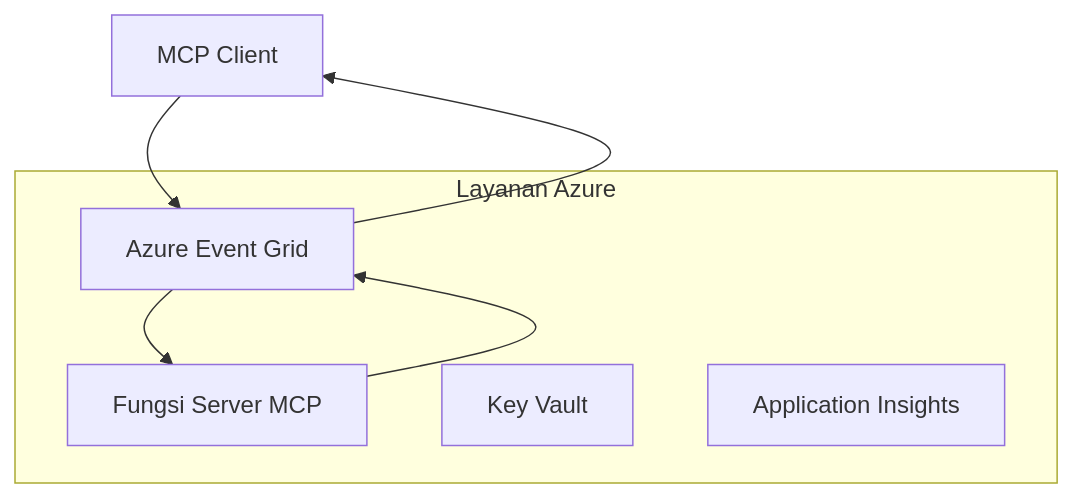
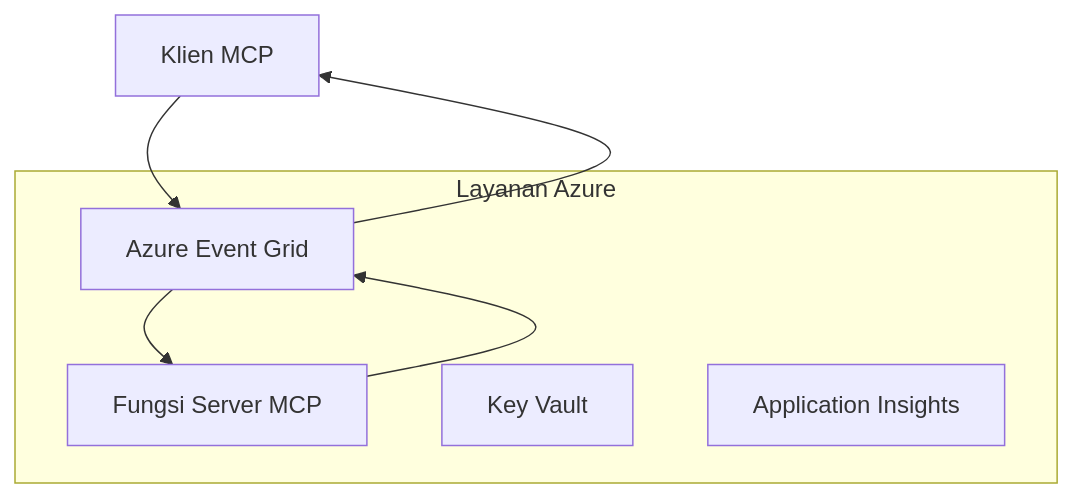
The first of 2 diagrams in mcp_ecosystem__model_context_protocol/mcp_learning_resources/mcp-for-beginners/translations/id/05-AdvancedTopics/mcp-transport/README.md (HIDORAKAI002/ai-workspace-archive), drawn with Mermaid before and after one commit. The commit also changed other lines of this file and 1046 other files, not shown here.

````diff
--- a/mcp_ecosystem__model_context_protocol/mcp_learning_resources/mcp-for-beginners/translations/id/05-AdvancedTopics/mcp-transport/README.md
+++ b/mcp_ecosystem__model_context_protocol/mcp_learning_resources/mcp-for-beginners/translations/id/05-AdvancedTopics/mcp-transport/README.md
@@ -58,14 +60,14 @@
 ```mermaid
 graph TB
-    Client[MCP Client] --> EG[Azure Event Grid]
+    Client[Klien MCP] --> EG[Azure Event Grid]
     EG --> Server[Fungsi Server MCP]
     Server --> EG
     EG --> Client
     
     subgraph "Layanan Azure"
         EG
         Server
         KV[Key Vault]
         Monitor[Application Insights]
     end
 ```
````
